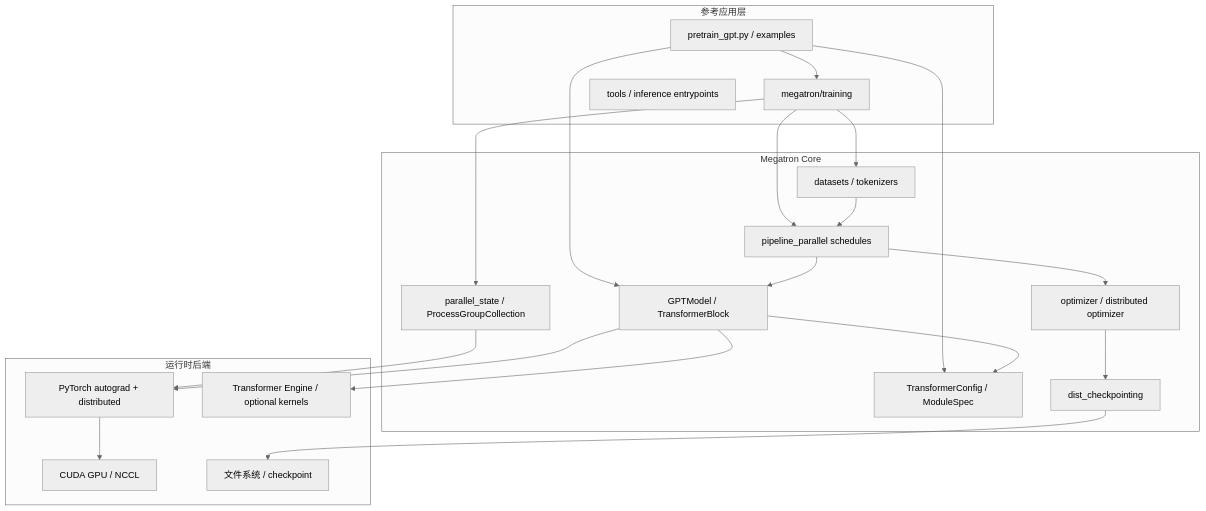
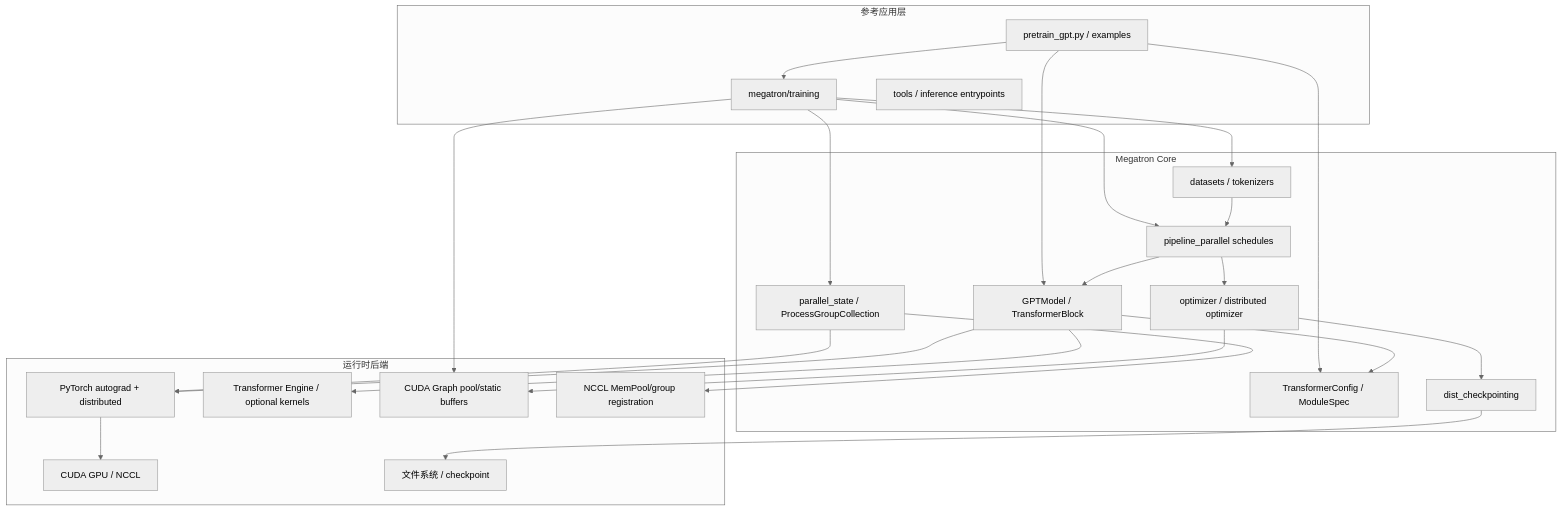
Before and after one commit to visionarywind/Projects: the diagram in megatron-lm/00-overview/architecture.md, drawn with Mermaid (neutral theme). The commit also changed other lines of this file and 298 other files, not shown here.

````diff
--- a/megatron-lm/00-overview/architecture.md
+++ b/megatron-lm/00-overview/architecture.md
@@ -15,39 +15,44 @@
 ```mermaid
 flowchart TB
   subgraph App[参考应用层]
     E[pretrain_gpt.py / examples]
     T[megatron/training]
     X[tools / inference entrypoints]
   end
   subgraph Core[Megatron Core]
     C[TransformerConfig / ModuleSpec]
     M[GPTModel / TransformerBlock]
     PS[parallel_state / ProcessGroupCollection]
     PP[pipeline_parallel schedules]
     DS[datasets / tokenizers]
     OPT[optimizer / distributed optimizer]
     CK[dist_checkpointing]
   end
   subgraph Backend[运行时后端]
     PT[PyTorch autograd + distributed]
     TE[Transformer Engine / optional kernels]
     GPU[CUDA GPU / NCCL]
     FS[文件系统 / checkpoint]
+    GP[CUDA Graph pool/static buffers]
+    NP[NCCL MemPool/group registration]
   end
   E --> T
   E --> C
   T --> PS
   T --> DS
   E --> M
   M --> C
   T --> PP
   PP --> M
   PP --> OPT
   DS --> PP
   OPT --> CK
   PS --> PT
   M --> PT
   M --> TE
   PT --> GPU
+  T --> GP
+  OPT --> GP
+  PS --> NP
   CK --> FS
 ```
````
